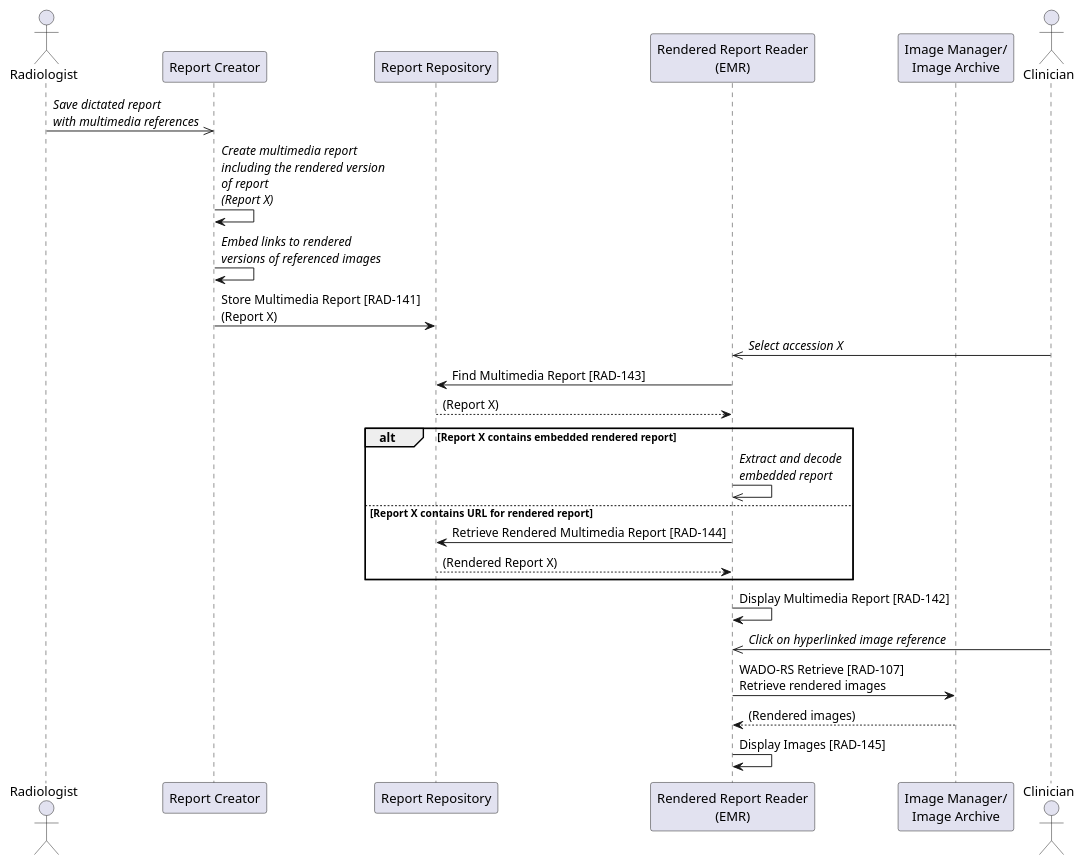
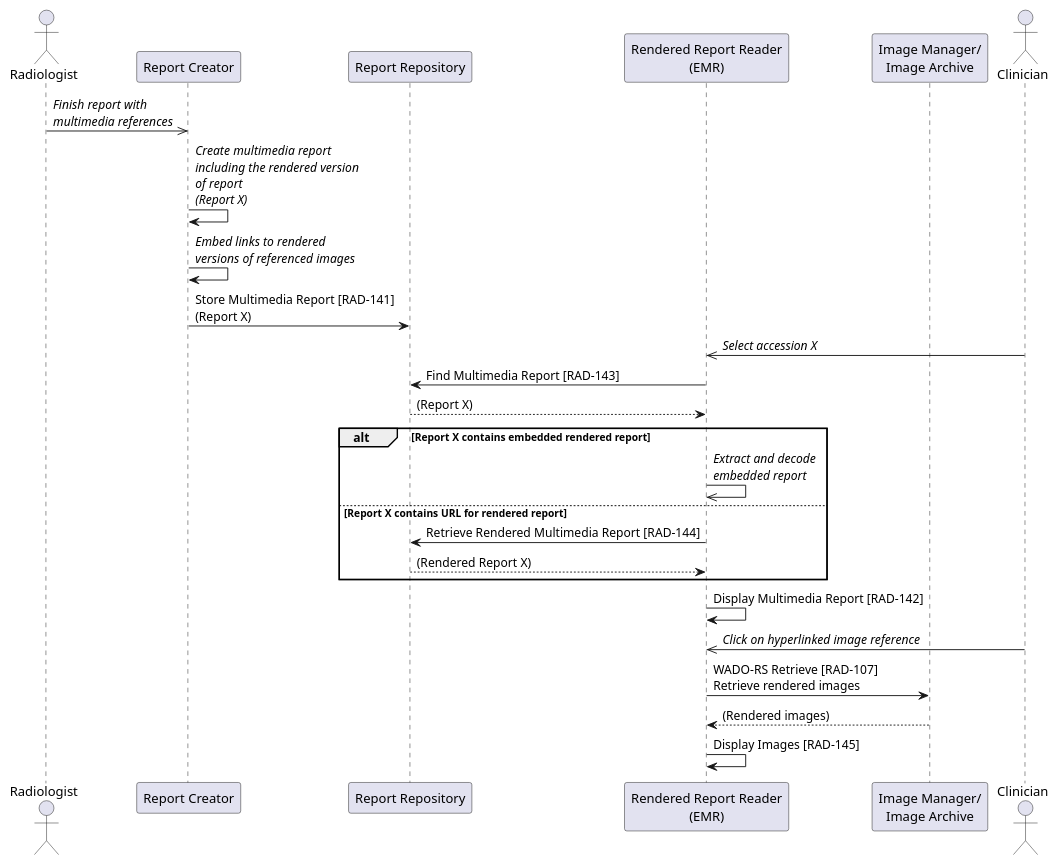
The diagram in input/images-source/uc1-presenting-interactive-report-presentedform.plantuml (IHE/RAD.IMR), drawn with PlantUML before and after one commit.

Commit message:
Replace save report with finish report.

```diff
--- a/input/images-source/uc1-presenting-interactive-report-presentedform.plantuml
+++ b/input/images-source/uc1-presenting-interactive-report-presentedform.plantuml
@@ -1,38 +1,38 @@
 @startuml
 
 actor "Radiologist" as Rad
 
 participant "Report Creator" as RCreator
 participant "Report Repository" as Repo
 participant "Rendered Report Reader\n(EMR)" as EMR
 
 participant "Image Manager/\nImage Archive" as Archive
 
 actor Clinician as Clinician
 
-Rad->>RCreator: //Save dictated report//\n//with multimedia references//
+Rad->>RCreator: //Finish report with//\n//multimedia references//
 RCreator->RCreator: //Create multimedia report//\n//including the rendered version//\n//of report//\n//(Report X)//
 RCreator->RCreator: //Embed links to rendered//\n//versions of referenced images//
 
 RCreator->Repo: Store Multimedia Report [RAD-141]\n(Report X)
 
 Clinician->>EMR: //Select accession X//
 
 EMR->Repo: Find Multimedia Report [RAD-143]
 Repo-->EMR:(Report X)
 
 alt Report X contains embedded rendered report
 EMR->>EMR: //Extract and decode//\n//embedded report//
 else Report X contains URL for rendered report
 EMR->Repo: Retrieve Rendered Multimedia Report [RAD-144]
 Repo-->EMR: (Rendered Report X)
 end
 
 EMR->EMR: Display Multimedia Report [RAD-142]
 Clinician->>EMR: //Click on hyperlinked image reference//
 
 EMR->Archive: WADO-RS Retrieve [RAD-107]\nRetrieve rendered images
 Archive-->EMR: (Rendered images)
 EMR->EMR: Display Images [RAD-145]
 
 @enduml
```
